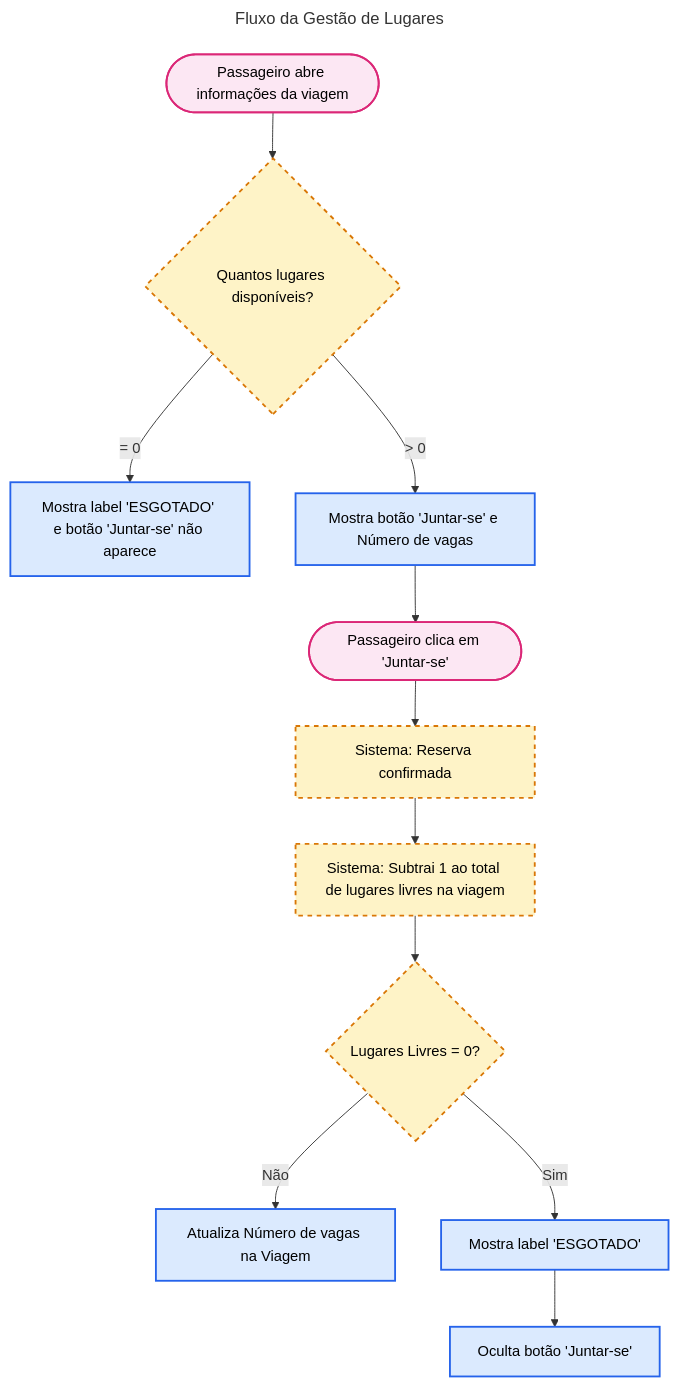
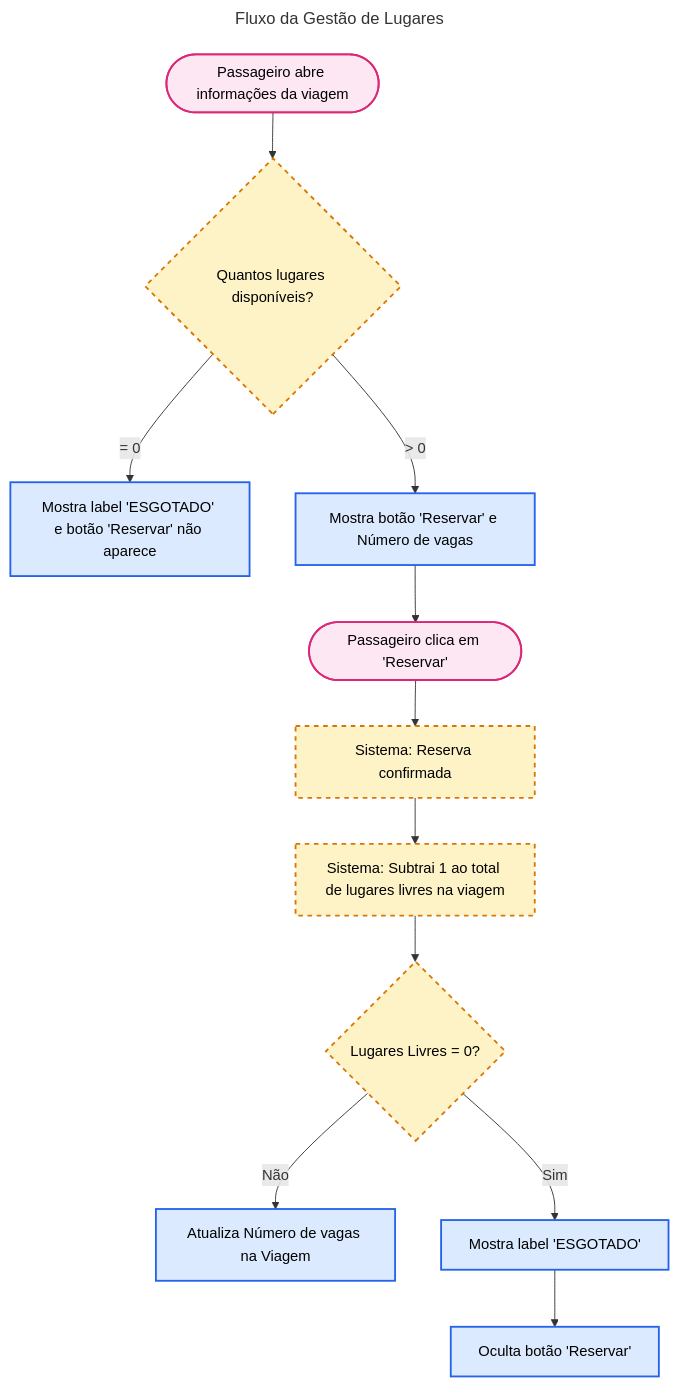
The diagram in Documentation/Diagramas/Fluxos/fluxo-lugares.md (joaosantos1231209/Road-Buddies), drawn with Mermaid before and after one commit. The commit also changed 5 other files, not shown here.

````diff
--- a/Documentation/Diagramas/Fluxos/fluxo-lugares.md
+++ b/Documentation/Diagramas/Fluxos/fluxo-lugares.md
@@ -1,49 +1,49 @@
 ```mermaid
 ---
 title: Fluxo da Gestão de Lugares
 ---
 graph TD
     %% 1. ESTILOS
     classDef passageiro fill:#fce7f3,stroke:#db2777,stroke-width:2px,color:#000
     classDef sistema fill:#fef3c7,stroke:#d97706,stroke-width:2px,stroke-dasharray: 5 5,color:#000
     classDef interface fill:#dbeafe,stroke:#2563eb,stroke-width:2px,color:#000
 
     %% 2. CAIXAS
     A([Passageiro abre informações da viagem])
     B{Quantos lugares disponíveis?}
     
     %% Caminho: Já não há lugares quando abre os detalhes da viagem
-    I[Mostra label 'ESGOTADO' e botão 'Juntar-se' não aparece]
+    I[Mostra label 'ESGOTADO' e botão 'Reservar' não aparece]
     
     %% Caminho: Há lugares quando abre os detalhes da viagem
-    J[Mostra botão 'Juntar-se' e Número de vagas]
-    K([Passageiro clica em 'Juntar-se'])
+    J[Mostra botão 'Reservar' e Número de vagas]
+    K([Passageiro clica em 'Reservar'])
     
     C[Sistema: Reserva confirmada]
     D[Sistema: Subtrai 1 ao total de lugares livres na viagem]
     E{Lugares Livres = 0?}
     
     F[Atualiza Número de vagas na Viagem]
     G[Mostra label 'ESGOTADO']
-    H[Oculta botão 'Juntar-se']
+    H[Oculta botão 'Reservar']
 
     %% 3. LIGAÇÕES
     A --> B
     
     B -->|= 0| I
     
     B -->|> 0| J
     J --> K
     K --> C
     C --> D
     D --> E
     
     E -->|Não| F
     E -->|Sim| G
     G --> H
 
     %% 4. CORES
     class A,K passageiro;
     class B,C,D,E sistema;
     class F,G,H,I,J interface;
 ```
````
